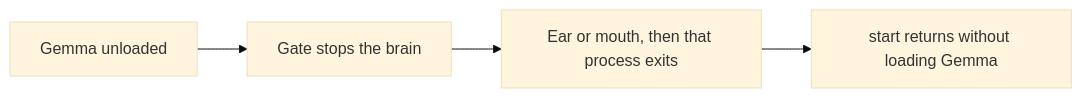
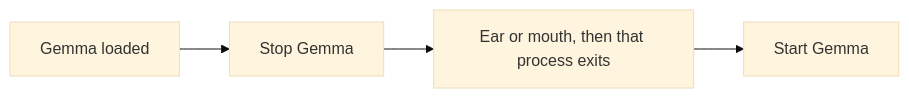
Before and after one commit to wgabrys88/Trident: the second of 3 diagrams in README.md, drawn with Mermaid (base theme). The commit also changed other lines of this file and 2 other files, not shown here.

Commit message:
Restore Gemma as the decider, charge every completion, and take one local tick.

````diff
--- a/README.md
+++ b/README.md
@@ -40,6 +40,6 @@
 ```mermaid
 flowchart LR
-  unloaded["Gemma unloaded"] --> gateStop["Gate stops the brain"]
-  gateStop --> specialist["Ear or mouth, then that process exits"]
-  specialist --> gateStart["start returns without loading Gemma"]
+  gemma["Gemma loaded"] --> stopGemma["Stop Gemma"]
+  stopGemma --> specialist["Ear or mouth, then that process exits"]
+  specialist --> startGemma["Start Gemma"]
 ```
````
